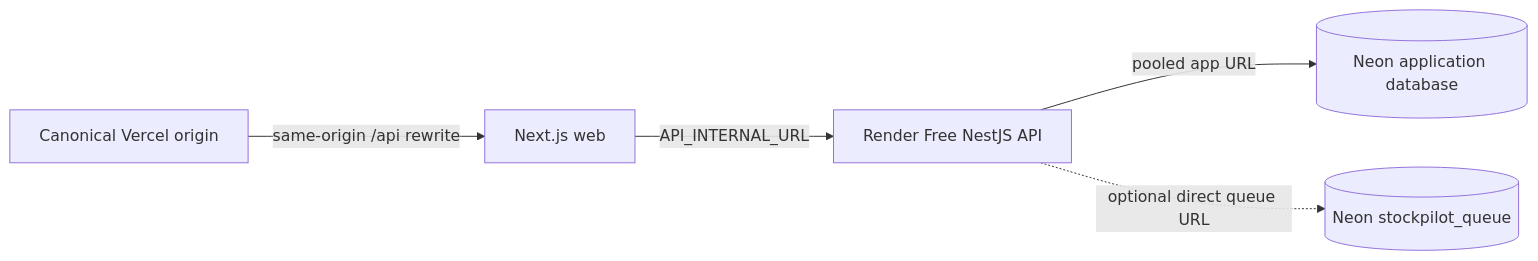
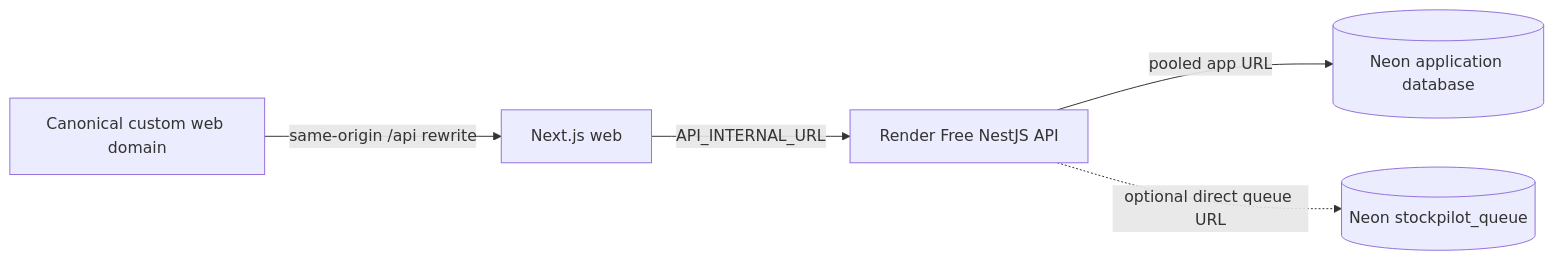
One commit to longhang2004/StockPilot changed the diagram in docs/deployment.md. Above: the diagram before and after it, drawn with Mermaid. The commit also changed other lines of this file and 26 other files, not shown here.

````diff
--- a/docs/deployment.md
+++ b/docs/deployment.md
@@ -5,7 +5,7 @@
 ```mermaid
 flowchart LR
-  Browser[Canonical Vercel origin] -->|same-origin /api rewrite| Web[Next.js web]
+  Browser[Canonical custom web domain] -->|same-origin /api rewrite| Web[Next.js web]
   Web -->|API_INTERNAL_URL| API[Render Free NestJS API]
   API -->|pooled app URL| DB[(Neon application database)]
   API -.->|optional direct queue URL| Queue[(Neon stockpilot_queue)]
 ```
````
